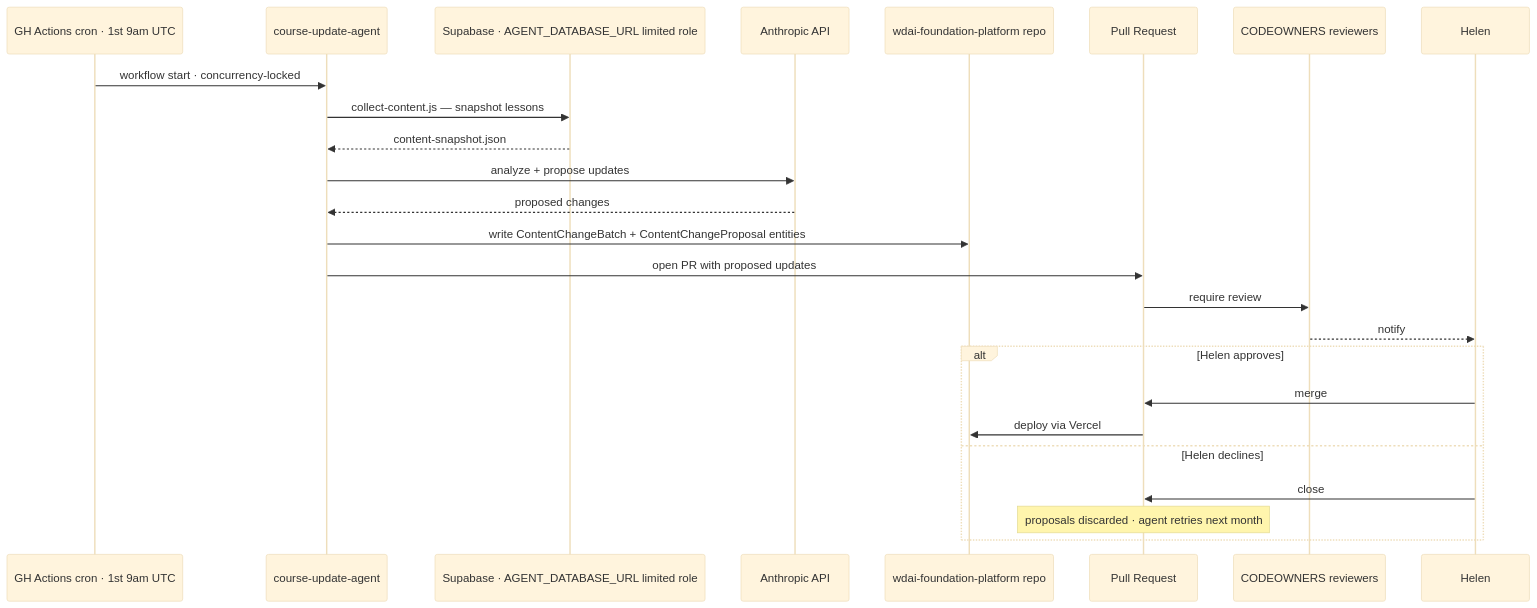
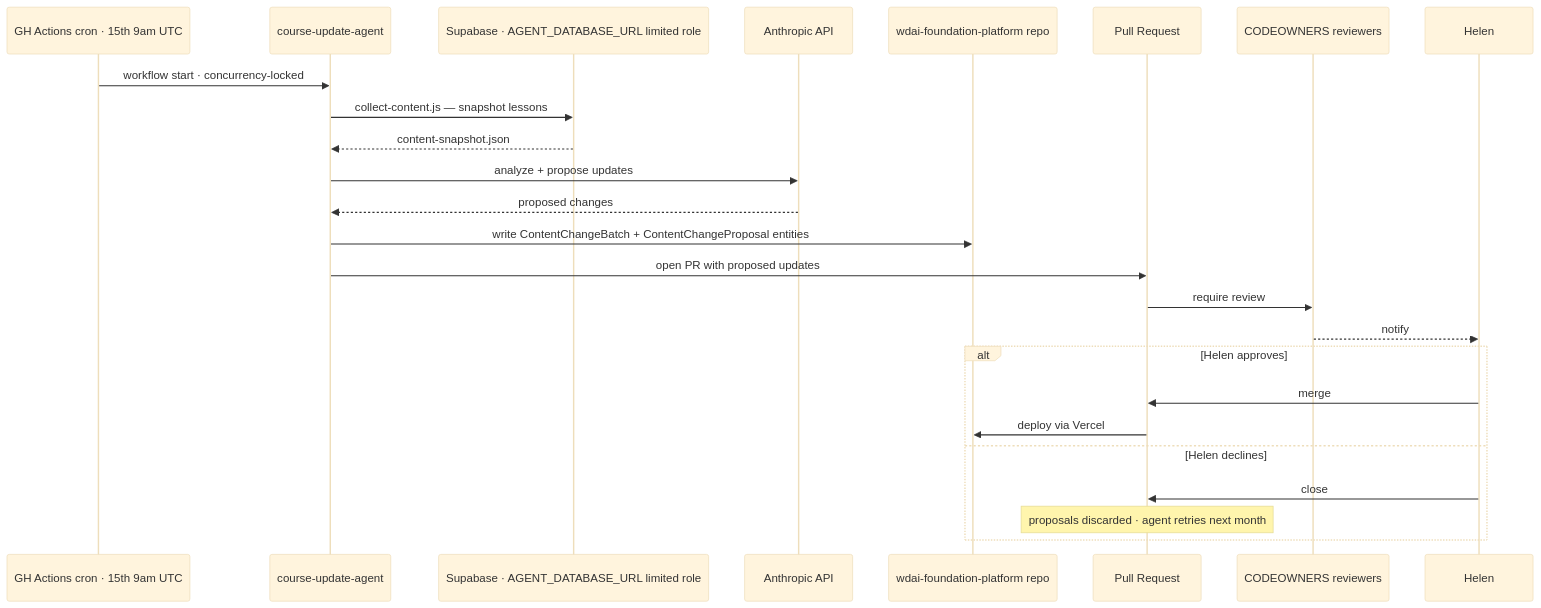
The sixth of 14 diagrams in dev-agent/design/team-os/pass-1/02-process-flows.md (mgbotoe/agents), drawn with Mermaid (base theme) before and after one commit. The commit also changed other lines of this file and 5 other files, not shown here.

````diff
--- a/dev-agent/design/team-os/pass-1/02-process-flows.md
+++ b/dev-agent/design/team-os/pass-1/02-process-flows.md
@@ -218,28 +220,28 @@
 ```mermaid
 sequenceDiagram
- participant Cron as GH Actions cron · 1st 9am UTC
+ participant Cron as GH Actions cron · 15th 9am UTC
  participant Agent as course-update-agent
  participant DB as Supabase · AGENT_DATABASE_URL limited role
  participant Anth as Anthropic API
  participant Repo as wdai-foundation-platform repo
  participant PR as Pull Request
  participant CODEOWNERS as CODEOWNERS reviewers
  participant Helen
 
  Cron->>Agent: workflow start · concurrency-locked
  Agent->>DB: collect-content.js — snapshot lessons
  DB-->>Agent: content-snapshot.json
  Agent->>Anth: analyze + propose updates
  Anth-->>Agent: proposed changes
  Agent->>Repo: write ContentChangeBatch + ContentChangeProposal entities
  Agent->>PR: open PR with proposed updates
  PR->>CODEOWNERS: require review
  CODEOWNERS-->>Helen: notify
  alt Helen approves
  Helen->>PR: merge
  PR->>Repo: deploy via Vercel
  else Helen declines
  Helen->>PR: close
  Note over PR: proposals discarded · agent retries next month
  end
 ```
````
